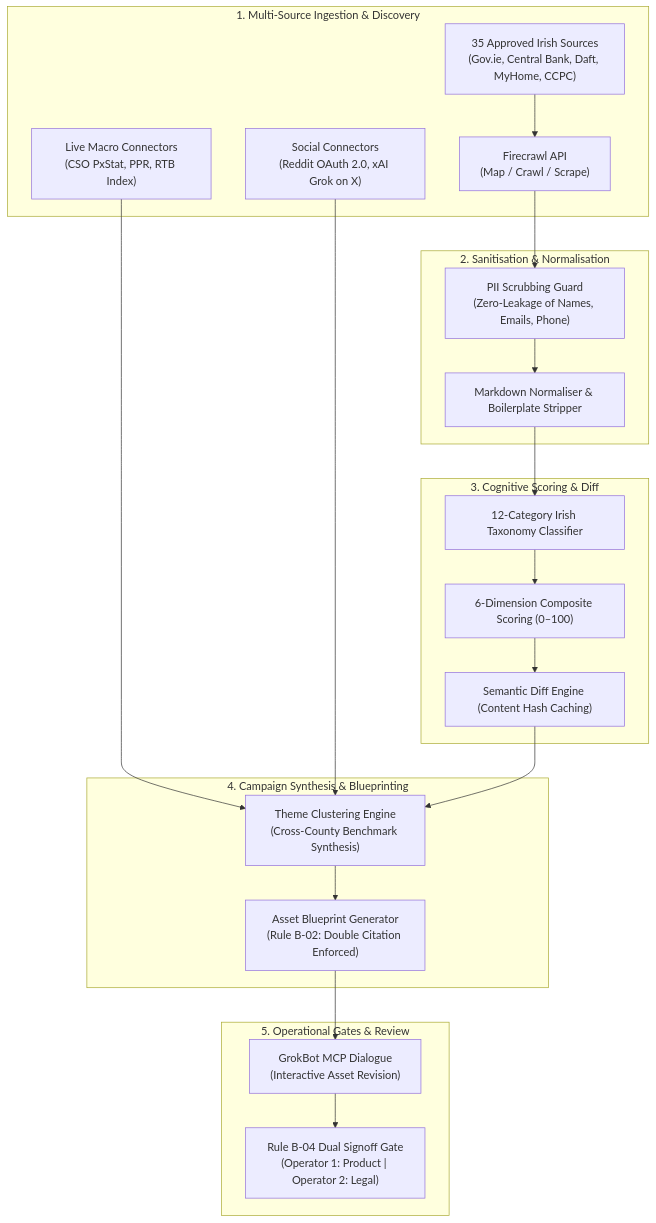
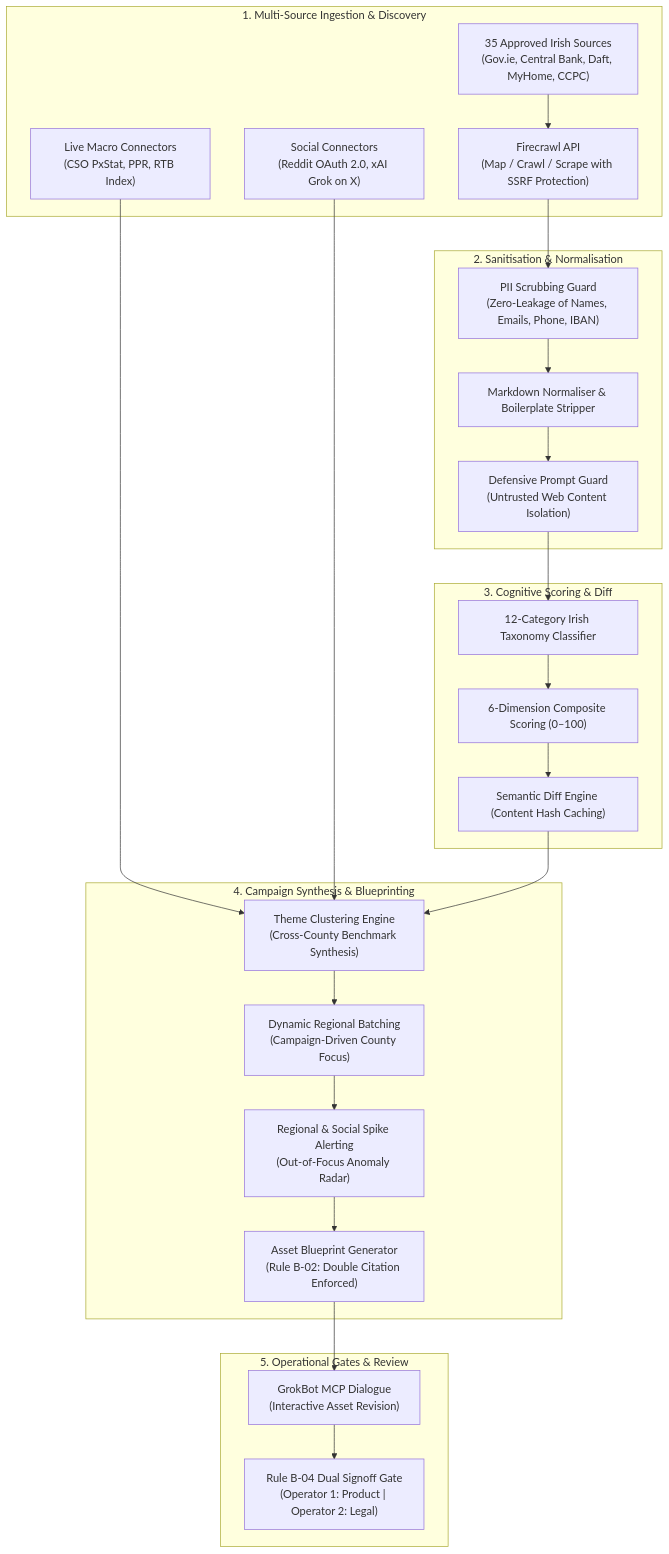
Before and after one commit to homepilot-technical-land/Market-Intelligence-Researcher: the diagram in README.md, drawn with Mermaid. The commit also changed other lines of this file, not shown here.

Commit message:
docs(readme): update repository URLs, test metrics, multi-platform social tools, and MCP reference

````diff
--- a/README.md
+++ b/README.md
@@ -30,36 +32,39 @@
 ```mermaid
 flowchart TD
     subgraph S1["1. Multi-Source Ingestion & Discovery"]
         Seeds["35 Approved Irish Sources\n(Gov.ie, Central Bank, Daft, MyHome, CCPC)"]
-        FC["Firecrawl API\n(Map / Crawl / Scrape)"]
+        FC["Firecrawl API\n(Map / Crawl / Scrape with SSRF Protection)"]
         PublicAPI["Live Macro Connectors\n(CSO PxStat, PPR, RTB Index)"]
         SocialConn["Social Connectors\n(Reddit OAuth 2.0, xAI Grok on X)"]
     end
 
     subgraph S2["2. Sanitisation & Normalisation"]
-        PII["PII Scrubbing Guard\n(Zero-Leakage of Names, Emails, Phone)"]
+        PII["PII Scrubbing Guard\n(Zero-Leakage of Names, Emails, Phone, IBAN)"]
         Norm["Markdown Normaliser & Boilerplate Stripper"]
+        PromptGuard["Defensive Prompt Guard\n(Untrusted Web Content Isolation)"]
     end
 
     subgraph S3["3. Cognitive Scoring & Diff"]
         Tax["12-Category Irish Taxonomy Classifier"]
         Score["6-Dimension Composite Scoring (0–100)"]
         Diff["Semantic Diff Engine (Content Hash Caching)"]
     end
 
     subgraph S4["4. Campaign Synthesis & Blueprinting"]
         Clust["Theme Clustering Engine\n(Cross-County Benchmark Synthesis)"]
+        Batch["Dynamic Regional Batching\n(Campaign-Driven County Focus)"]
+        Spike["Regional & Social Spike Alerting\n(Out-of-Focus Anomaly Radar)"]
         Blue["Asset Blueprint Generator\n(Rule B-02: Double Citation Enforced)"]
     end
 
     subgraph S5["5. Operational Gates & Review"]
         Grok["GrokBot MCP Dialogue\n(Interactive Asset Revision)"]
         Review["Rule B-04 Dual Signoff Gate\n(Operator 1: Product | Operator 2: Legal)"]
     end
 
     Seeds --> FC
     FC --> PII
     PublicAPI --> Clust
     SocialConn --> Clust
-    PII --> Norm --> Tax --> Score --> Diff --> Clust --> Blue --> Grok --> Review
+    PII --> Norm --> PromptGuard --> Tax --> Score --> Diff --> Clust --> Batch --> Spike --> Blue --> Grok --> Review
 ```
````
